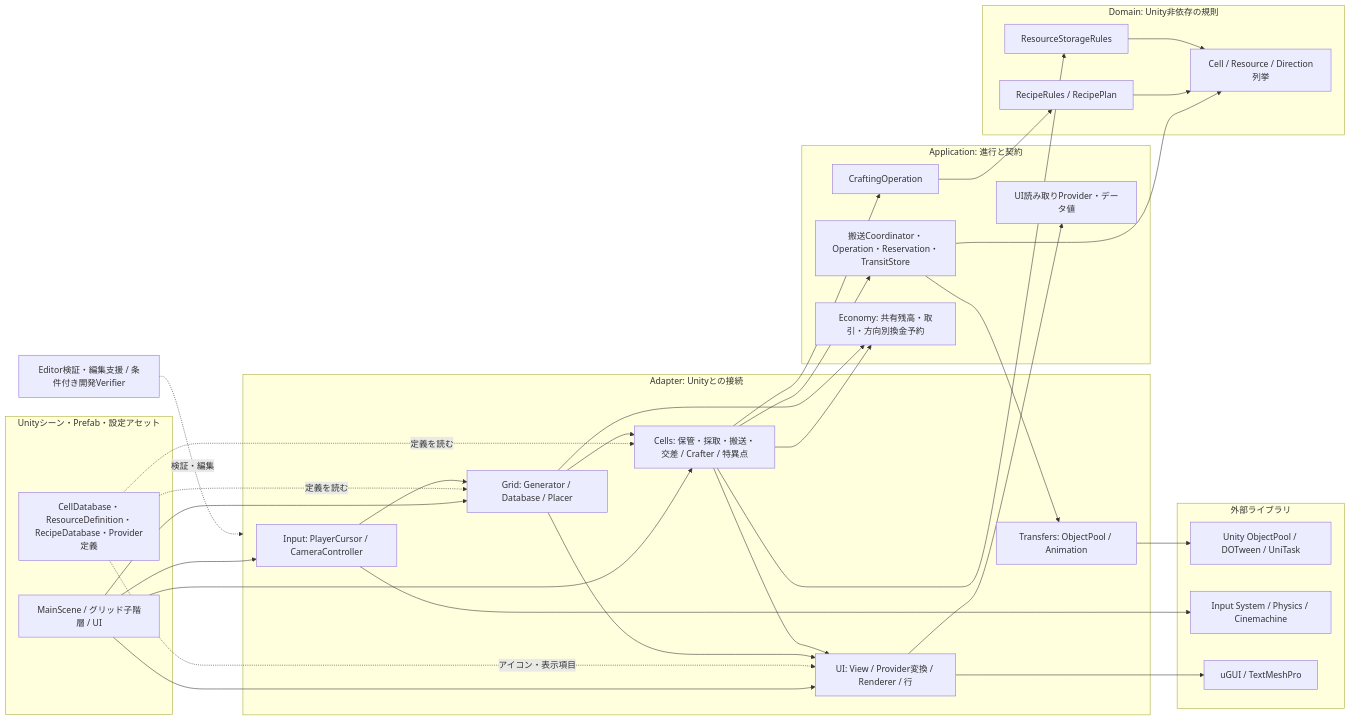
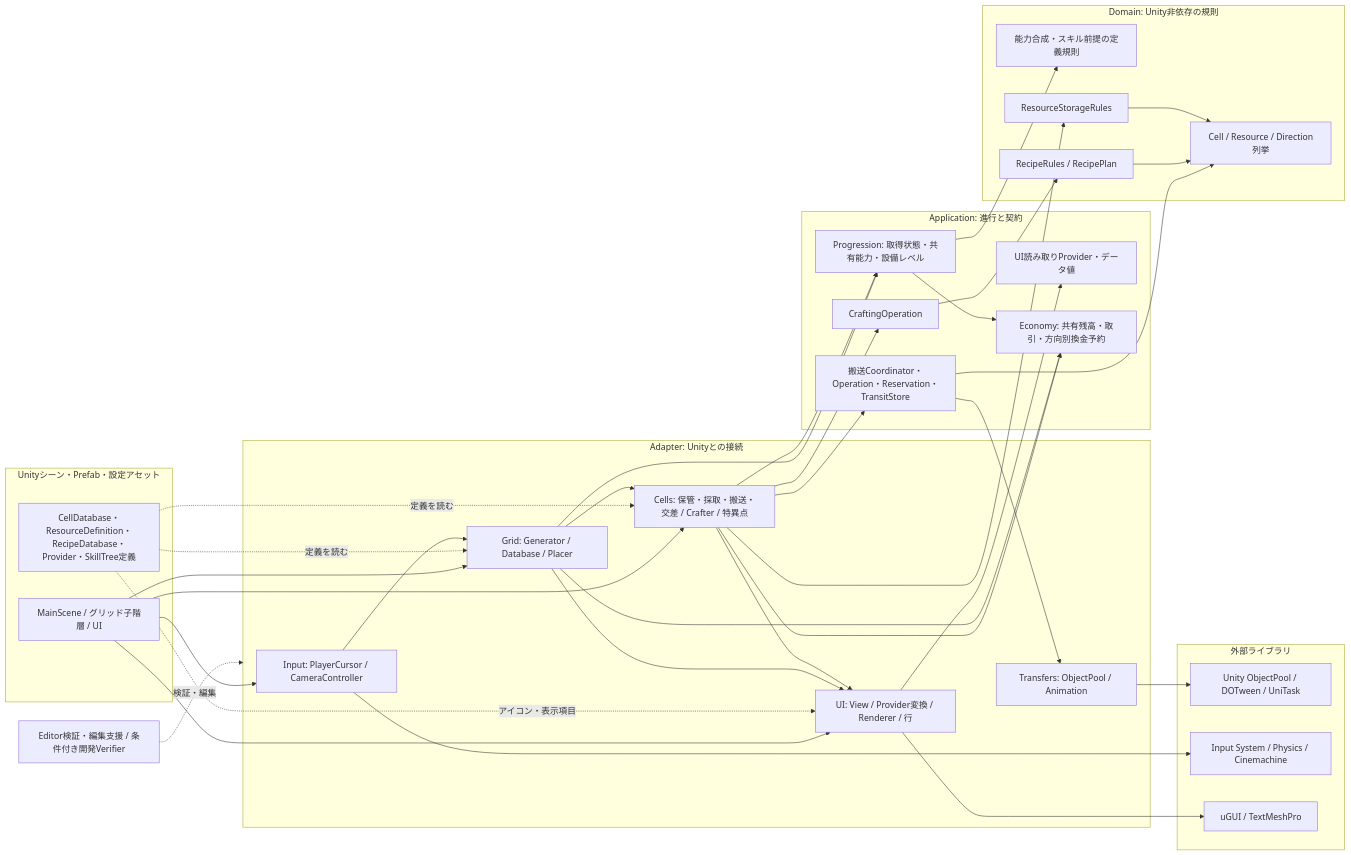
The first of 2 diagrams in docs/design/current-architecture.md (AoiTomiyama/FactoryGame), drawn with Mermaid before and after one commit. The commit also changed other lines of this file and 18 other files, not shown here.

````diff
--- a/docs/design/current-architecture.md
+++ b/docs/design/current-architecture.md
@@ -30,56 +34,62 @@
 ```mermaid
 flowchart LR
  subgraph Scene["Unityシーン・Prefab・設定アセット"]
   Main["MainScene / グリッド子階層 / UI"]
-  SO["CellDatabase・ResourceDefinition・RecipeDatabase・Provider定義"]
+  SO["CellDatabase・ResourceDefinition・RecipeDatabase・Provider・SkillTree定義"]
  end
  subgraph Adapter["Adapter: Unityとの接続"]
   Input["Input: PlayerCursor / CameraController"]
   Grid["Grid: Generator / Database / Placer"]
   Cells["Cells: 保管・採取・搬送・交差 / Crafter / 特異点"]
   Presentation["Transfers: ObjectPool / Animation"]
   UI["UI: View / Provider変換 / Renderer / 行"]
  end
  subgraph Application["Application: 進行と契約"]
   Transfer["搬送Coordinator・Operation・Reservation・TransitStore"]
   Craft["CraftingOperation"]
   Read["UI読み取りProvider・データ値"]
+  Progression["Progression: 取得状態・共有能力・設備レベル"]
   Economy["Economy: 共有残高・取引・方向別換金予約"]
  end
  subgraph Domain["Domain: Unity非依存の規則"]
+  Stats["能力合成・スキル前提の定義規則"]
   Storage["ResourceStorageRules"]
   Recipe["RecipeRules / RecipePlan"]
   Enum["Cell / Resource / Direction列挙"]
  end
  Main --> Input
  Main --> Grid
  Main --> Cells
  Main --> UI
  SO -. "定義を読む" .-> Grid
  SO -. "定義を読む" .-> Cells
  SO -. "アイコン・表示項目" .-> UI
  Input --> Grid
  Grid --> Cells
  Grid --> UI
  Cells --> Economy
+ Grid --> Progression
+ Cells --> Progression
+ Progression --> Economy
+ Progression --> Stats
  Grid --> Economy
  Cells --> Transfer
  Cells --> Craft
  Cells --> Storage
  Cells --> UI
  UI --> Read
  Transfer --> Presentation
  Transfer --> Enum
  Craft --> Recipe
  Recipe --> Enum
  Storage --> Enum
  Presentation --> External
  Input --> InputLib
  UI --> UILib
  Editor["Editor検証・編集支援 / 条件付き開発Verifier"] -. "検証・編集" .-> Adapter
  subgraph Libraries["外部ライブラリ"]
  External["Unity ObjectPool / DOTween / UniTask"]
  InputLib["Input System / Physics / Cinemachine"]
  UILib["uGUI / TextMeshPro"]
  end
 ```
````
